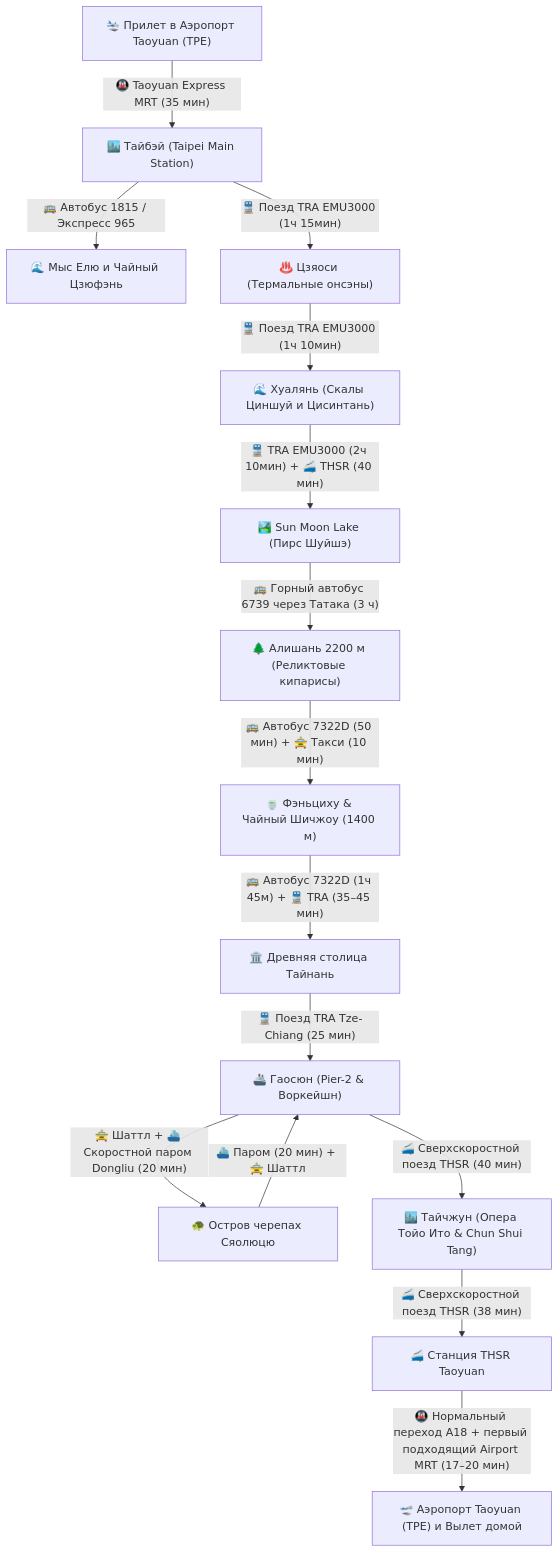
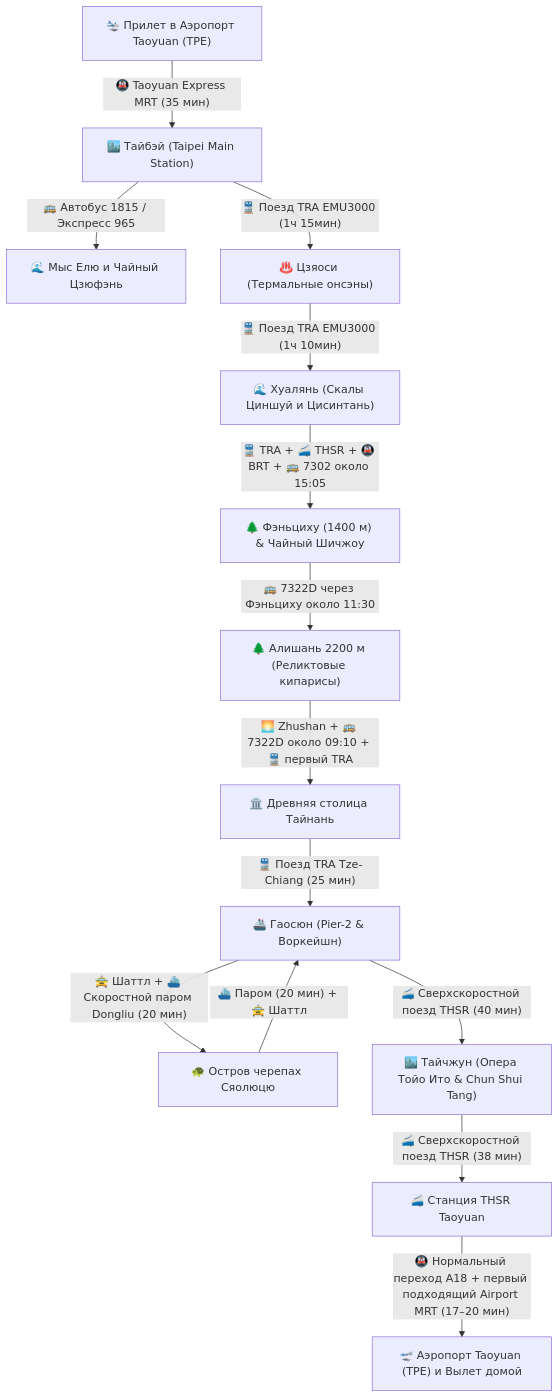
Before and after one commit to injurka/obsidian-mark: the diagram in Personal Note/Travel/-- Taiwan/03 - Бронирования/Транспорт.md, drawn with Mermaid. The commit also changed other lines of this file and 156 other files, not shown here.

````diff
--- a/Personal Note/Travel/-- Taiwan/03 - Бронирования/Транспорт.md
+++ b/Personal Note/Travel/-- Taiwan/03 - Бронирования/Транспорт.md
@@ -9,16 +9,16 @@
 ```mermaid
 flowchart TD
     A["🛬 Прилет в Аэропорт Taoyuan (TPE)"] -->|"🚇 Taoyuan Express MRT (35 мин)"| B["🏙️ Тайбэй (Taipei Main Station)"]
     B -->|"🚌 Автобус 1815 / Экспресс 965"| C["🌊 Мыс Елю и Чайный Цзюфэнь"]
     B -->|"🚆 Поезд TRA EMU3000 (1ч 15мин)"| D["♨️ Цзяоси (Термальные онсэны)"]
     D -->|"🚆 Поезд TRA EMU3000 (1ч 10мин)"| E["🌊 Хуалянь (Скалы Циншуй и Цисинтань)"]
-    E -->|"🚆 TRA EMU3000 (2ч 10мин) + 🚄 THSR (40 мин)"| SML["🏞️ Sun Moon Lake (Пирс Шуйшэ)"] -->|"🚌 Горный автобус 6739 через Татака (3 ч)"| G["🌲 Алишань 2200 м (Реликтовые кипарисы)"]
-    G -->|"🚌 Автобус 7322D (50 мин) + 🚖 Такси (10 мин)"| F["🍵 Фэньциху & Чайный Шичжоу (1400 м)"]
-    F -->|"🚌 Автобус 7322D (1ч 45м) + 🚆 TRA (35–45 мин)"| H["🏛️ Древняя столица Тайнань"]
+    E -->|"🚆 TRA + 🚄 THSR + 🚇 BRT + 🚌 7302 около 15:05"| F1["🌲 Фэньциху (1400 м) & Чайный Шичжоу"]
+    F1 -->|"🚌 7322D через Фэньциху около 11:30"| G["🌲 Алишань 2200 м (Реликтовые кипарисы)"]
+    G -->|"🌅 Zhushan + 🚌 7322D около 09:10 + 🚆 первый TRA"| H["🏛️ Древняя столица Тайнань"]
     H -->|"🚆 Поезд TRA Tze-Chiang (25 мин)"| I["🚢 Гаосюн (Pier-2 & Воркейшн)"]
     I -->|"🚖 Шаттл + ⛴️ Скоростной паром Dongliu (20 мин)"| J["🐢 Остров черепах Сяолюцю"]
     J -->|"⛴️ Паром (20 мин) + 🚖 Шаттл"| I
     I -->|"🚄 Сверхскоростной поезд THSR (40 мин)"| K["🏙️ Тайчжун (Опера Тойо Ито & Chun Shui Tang)"]
     K -->|"🚄 Сверхскоростной поезд THSR (38 мин)"| L["🚄 Станция THSR Taoyuan"]
     L -->|"🚇 Нормальный переход A18 + первый подходящий Airport MRT (17–20 мин)"| M["🛫 Аэропорт Taoyuan (TPE) и Вылет домой"]
 ```
````
